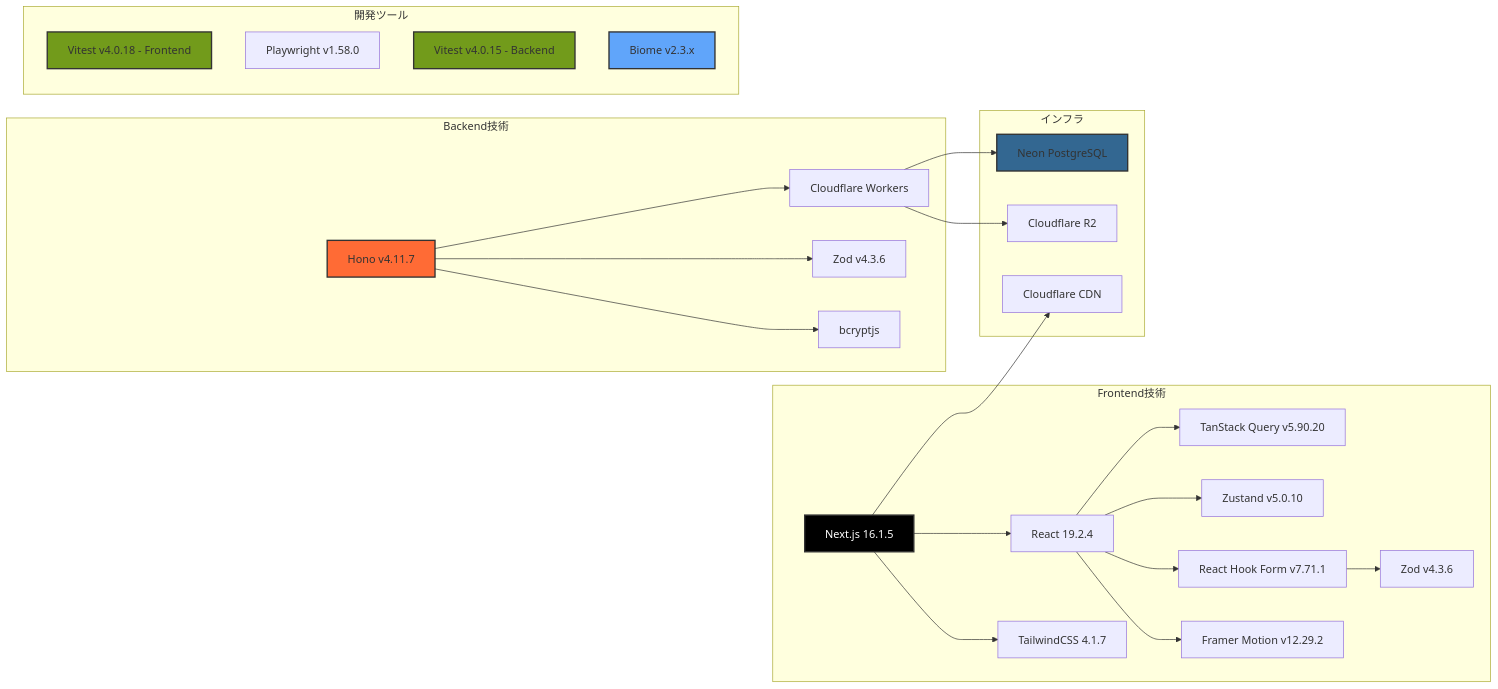
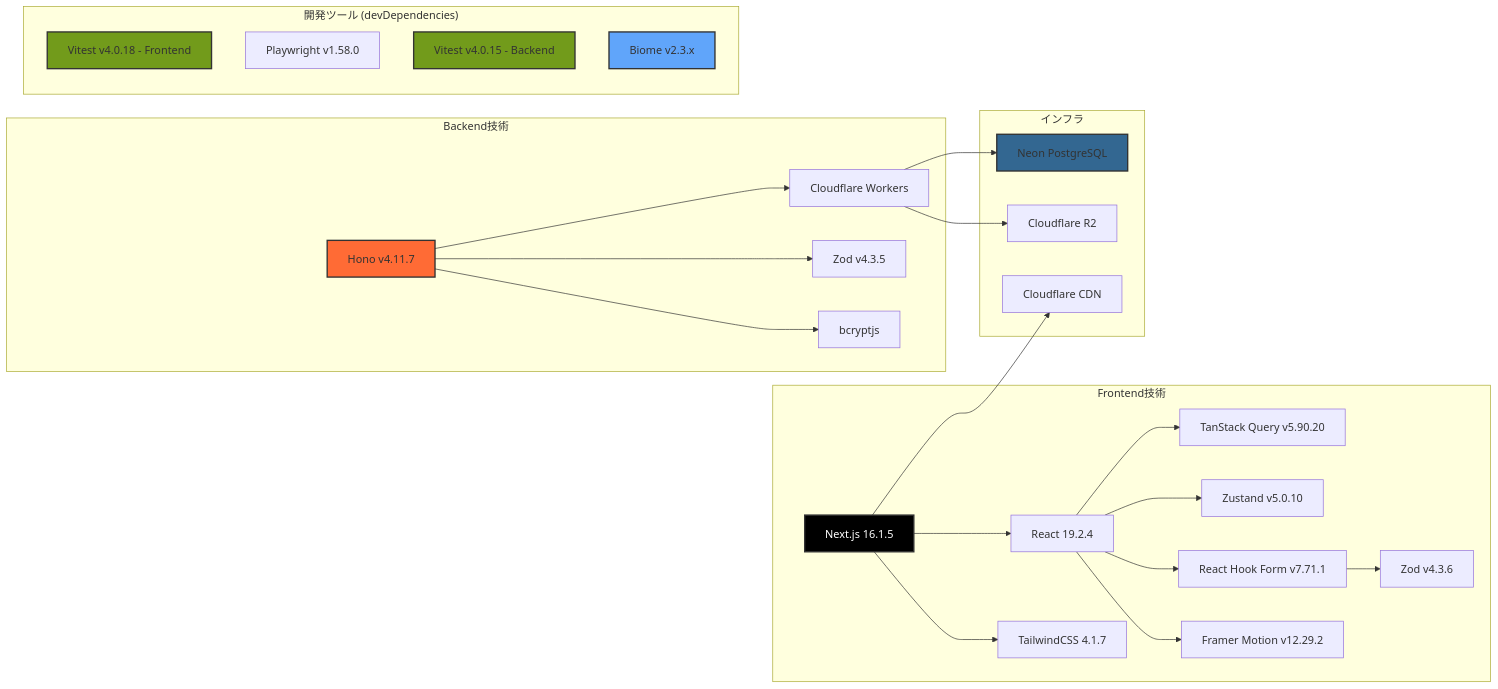
One commit to ProjectEuropa/Europa changed the fourth of 4 diagrams in README.md. Above: the diagram before and after it, drawn with Mermaid. The commit also changed 1 other file, not shown here.

Commit message:
docs: READMEとコード規約を更新。

````diff
--- a/README.md
+++ b/README.md
@@ -166,56 +166,56 @@
 ```mermaid
 graph LR
     subgraph "Frontend技術"
-        NextJS[Next.js 16.1.5]
-        React[React 19.2.4]
-        TailwindCSS[TailwindCSS 4.1.7]
-        TanStack[TanStack Query v5.90.20]
-        Zustand[Zustand v5.0.10]
-        RHF[React Hook Form v7.71.1]
-        ZodFE[Zod v4.3.6]
-        Framer[Framer Motion v12.29.2]
+        NextJS["Next.js 16.1.5"]
+        React["React 19.2.4"]
+        TailwindCSS["TailwindCSS 4.1.7"]
+        TanStack["TanStack Query v5.90.20"]
+        Zustand["Zustand v5.0.10"]
+        RHF["React Hook Form v7.71.1"]
+        ZodFE["Zod v4.3.6"]
+        Framer["Framer Motion v12.29.2"]
     end
 
     subgraph "Backend技術"
-        Hono[Hono v4.11.7]
-        Workers[Cloudflare Workers]
-        Zod[Zod v4.3.6]
-        Bcrypt[bcryptjs]
+        Hono["Hono v4.11.7"]
+        Workers["Cloudflare Workers"]
+        Zod["Zod v4.3.5"]
+        Bcrypt["bcryptjs"]
     end
 
     subgraph "インフラ"
-        Neon[Neon PostgreSQL]
-        R2[Cloudflare R2]
-        CF[Cloudflare CDN]
+        Neon["Neon PostgreSQL"]
+        R2["Cloudflare R2"]
+        CF["Cloudflare CDN"]
     end
 
-    subgraph "開発ツール"
-        VitestFE[Vitest v4.0.18 - Frontend]
-        PlaywrightFE[Playwright v1.58.0]
-        VitestBE[Vitest v4.0.15 - Backend]
-        Biome[Biome v2.3.x]
+    subgraph "開発ツール (devDependencies)"
+        VitestFE["Vitest v4.0.18 - Frontend"]
+        PlaywrightFE["Playwright v1.58.0"]
+        VitestBE["Vitest v4.0.15 - Backend"]
+        Biome["Biome v2.3.x"]
     end
 
     NextJS --> React
     NextJS --> TailwindCSS
     React --> TanStack
     React --> Zustand
     React --> RHF
     RHF --> ZodFE
     React --> Framer
 
     Hono --> Workers
     Hono --> Zod
     Hono --> Bcrypt
 
     Workers --> Neon
     Workers --> R2
     NextJS --> CF
 
     style NextJS fill:#000,color:#fff,stroke:#333,stroke-width:2px
     style Hono fill:#ff6b35,stroke:#333,stroke-width:2px
     style Neon fill:#336791,stroke:#333,stroke-width:2px
     style VitestFE fill:#729b1b,stroke:#333,stroke-width:2px
     style VitestBE fill:#729b1b,stroke:#333,stroke-width:2px
     style Biome fill:#60a5fa,stroke:#333,stroke-width:2px
 ```
````
